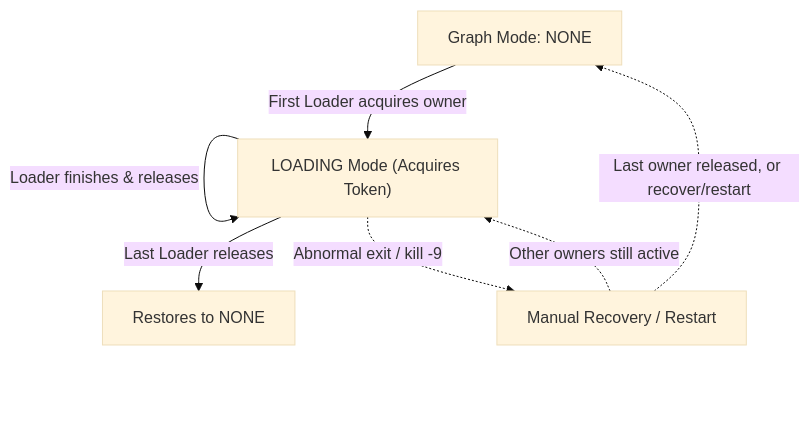
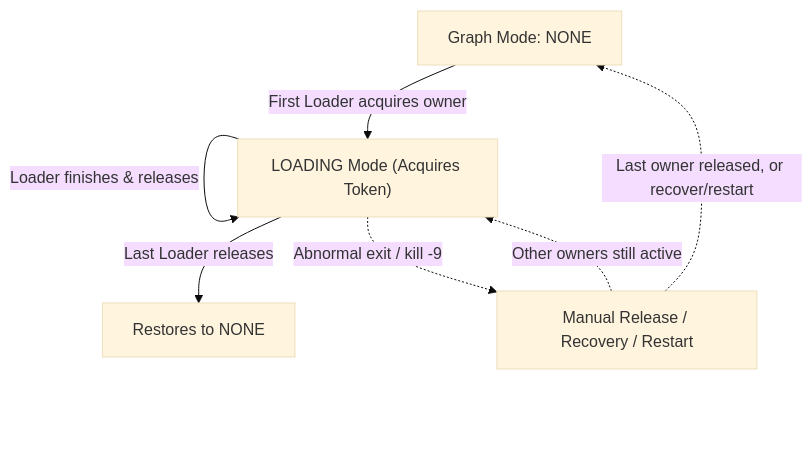
One commit to hugegraph/hugegraph-doc changed the diagram in content/en/docs/quickstart/toolchain/hugegraph-loader.md. Above: the diagram before and after it, drawn with Mermaid (base theme). The commit also changed other lines of this file and 4 other files, not shown here.

Commit message:
docs(loader): qualify master availability of loading ownership, align diagram, and revert validate-release

````diff
--- a/content/en/docs/quickstart/toolchain/hugegraph-loader.md
+++ b/content/en/docs/quickstart/toolchain/hugegraph-loader.md
@@ -996,10 +998,10 @@
 ```mermaid
 graph TD
     A["Graph Mode: NONE"] -->|First Loader acquires owner| B["LOADING Mode (Acquires Token)"]
     B -->|Concurrent Loaders join| B
     B -->|Loader finishes & releases| B
     B -->|Last Loader releases| C["Restores to NONE"]
-    B -.->|Abnormal exit / kill -9| D["Manual Recovery / Restart"]
+    B -.->|Abnormal exit / kill -9| D["Manual Release / Recovery / Restart"]
     D -.->|"Last owner released, or recover/restart"| A
     D -.->|"Other owners still active"| B
 ```
````
